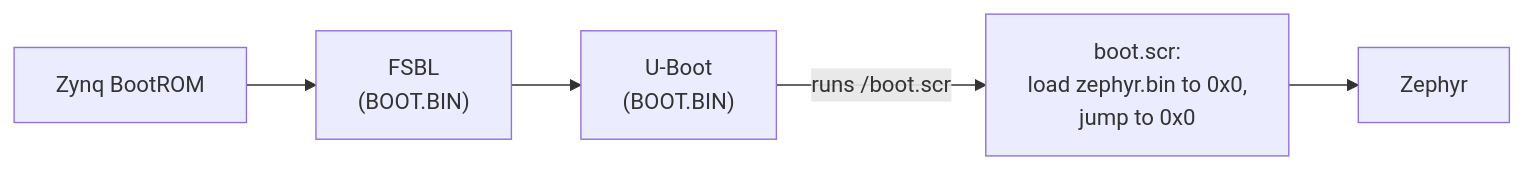
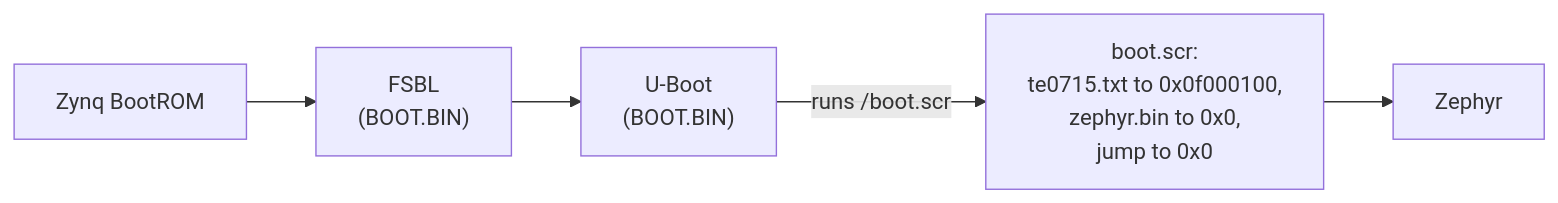
Before and after one commit to SiboVG/ZephyrOSTe0715: the diagram in docs/guide/boot.md, drawn with Mermaid. The commit also changed other lines of this file and 43 other files, not shown here.

````diff
--- a/docs/guide/boot.md
+++ b/docs/guide/boot.md
@@ -32,6 +32,6 @@
 ```mermaid
 flowchart LR
     ROM["Zynq BootROM"] --> FSBL["FSBL<br/>(BOOT.BIN)"] --> UB["U-Boot<br/>(BOOT.BIN)"]
-    UB -- "runs /boot.scr" --> S["boot.scr:<br/>load zephyr.bin to 0x0,<br/>jump to 0x0"]
+    UB -- "runs /boot.scr" --> S["boot.scr:<br/>te0715.txt to 0x0f000100,<br/>zephyr.bin to 0x0,<br/>jump to 0x0"]
     S --> Z["Zephyr"]
 ```
````
